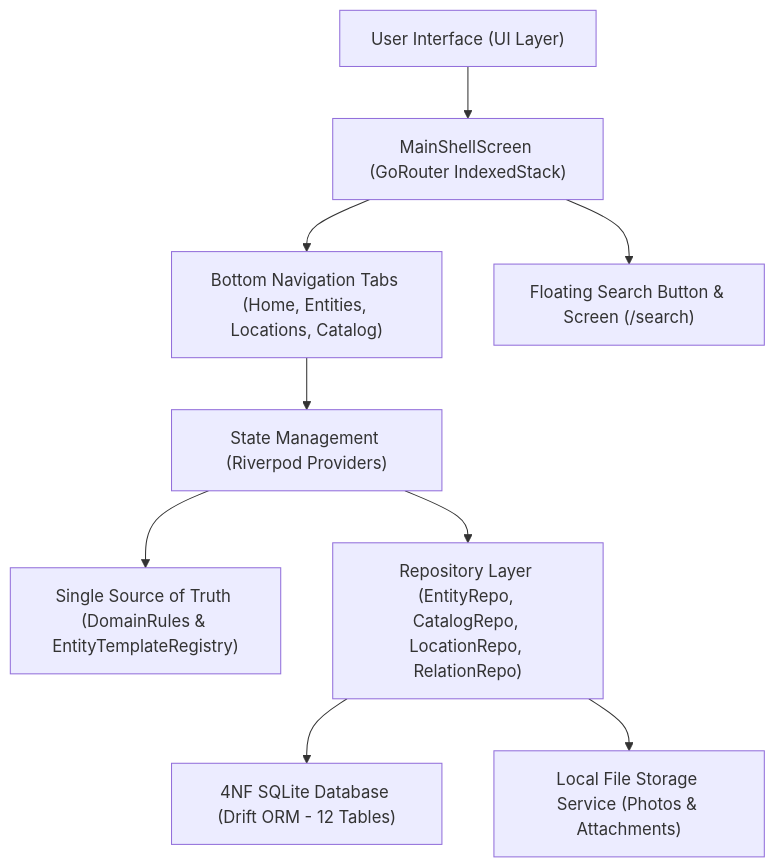
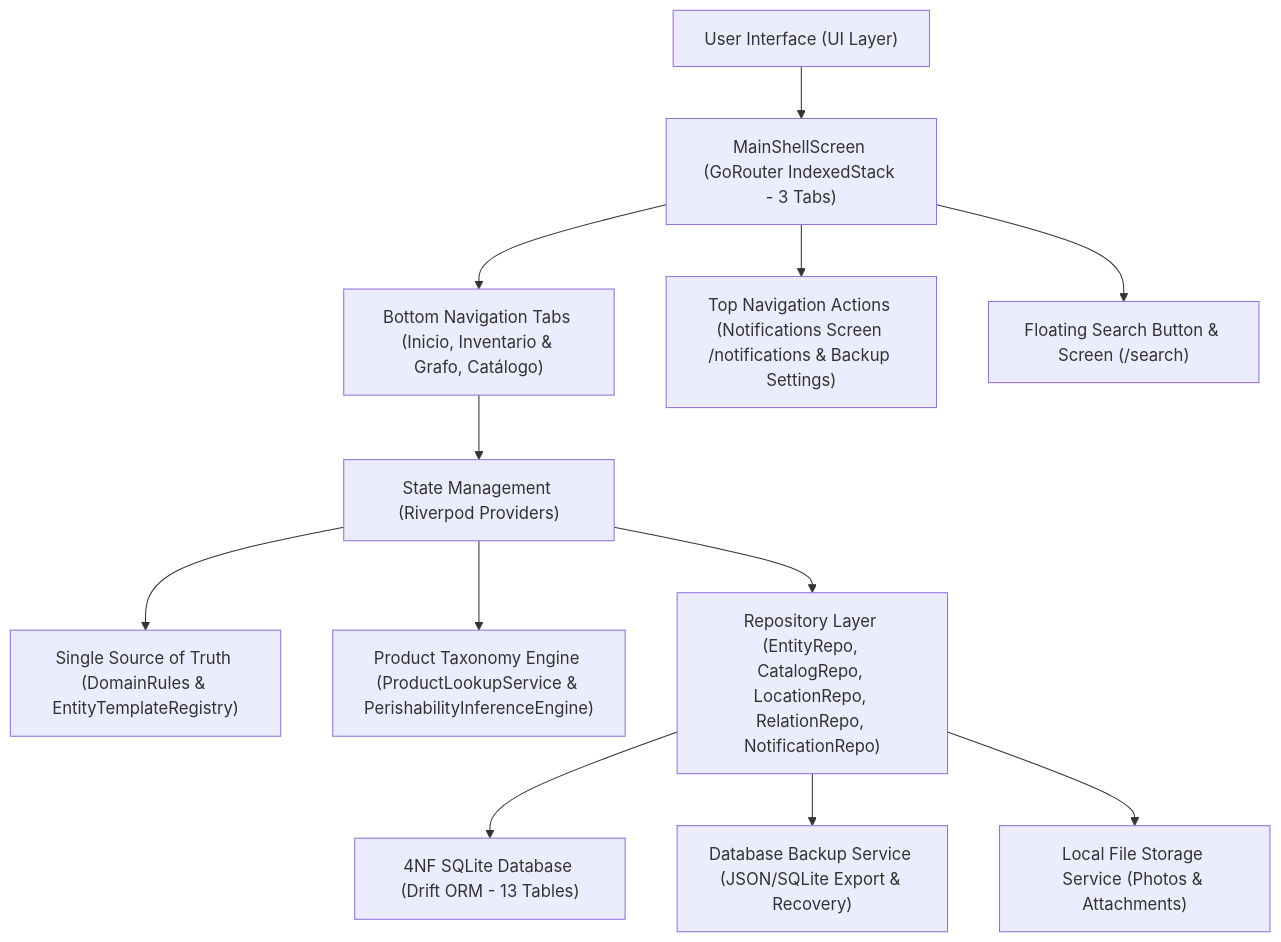
Before and after one commit to HakkinDavid/PWMS: the diagram in docs/README.md, drawn with Mermaid. The commit also changed other lines of this file and 9 other files, not shown here.

````diff
--- a/docs/README.md
+++ b/docs/README.md
@@ -28,13 +28,16 @@
 ```mermaid
 graph TD
-    User["User Interface (UI Layer)"] --> Shell["MainShellScreen (GoRouter IndexedStack)"]
-    Shell --> Tabs["Bottom Navigation Tabs (Home, Entities, Locations, Catalog)"]
+    User["User Interface (UI Layer)"] --> Shell["MainShellScreen (GoRouter IndexedStack - 3 Tabs)"]
+    Shell --> Tabs["Bottom Navigation Tabs (Inicio, Inventario & Grafo, Catálogo)"]
+    Shell --> TopBar["Top Navigation Actions (Notifications Screen /notifications & Backup Settings)"]
     Shell --> FloatingSearch["Floating Search Button & Screen (/search)"]
     
     Tabs --> StateManager["State Management (Riverpod Providers)"]
     StateManager --> CoreDomain["Single Source of Truth (DomainRules & EntityTemplateRegistry)"]
-    StateManager --> Infrastructure["Repository Layer (EntityRepo, CatalogRepo, LocationRepo, RelationRepo)"]
+    StateManager --> Intelligence["Product Taxonomy Engine (ProductLookupService & PerishabilityInferenceEngine)"]
+    StateManager --> Infrastructure["Repository Layer (EntityRepo, CatalogRepo, LocationRepo, RelationRepo, NotificationRepo)"]
     
-    Infrastructure --> Database["4NF SQLite Database (Drift ORM - 12 Tables)"]
+    Infrastructure --> Database["4NF SQLite Database (Drift ORM - 13 Tables)"]
+    Infrastructure --> Backup["Database Backup Service (JSON/SQLite Export & Recovery)"]
     Infrastructure --> Storage["Local File Storage Service (Photos & Attachments)"]
 ```
````
